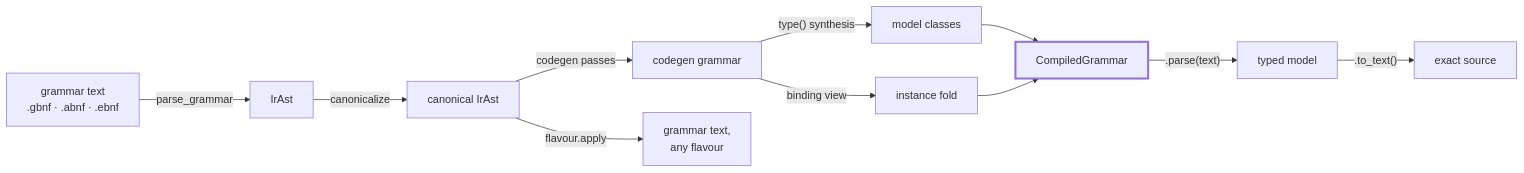
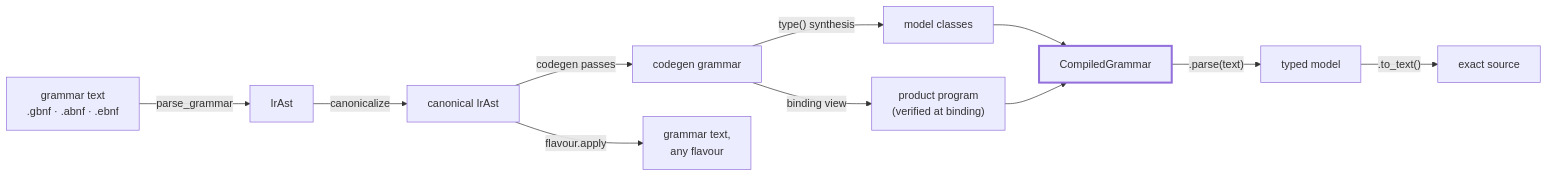
The diagram in README.md (ego-ipse/lexic), drawn with Mermaid before and after one commit. The commit also changed other lines of this file and 278 other files, not shown here.

````diff
--- a/README.md
+++ b/README.md
@@ -191,14 +207,14 @@
 ```mermaid
 flowchart LR
     T["grammar text<br>.gbnf · .abnf · .ebnf"] -->|parse_grammar| R["IrAst"]
     R -->|canonicalize| C["canonical IrAst"]
     C -->|codegen passes| G["codegen grammar"]
     G -->|"type() synthesis"| M["model classes"]
-    G -->|binding view| F["instance fold"]
+    G -->|binding view| F["product program<br>(verified at binding)"]
     M --> CG["CompiledGrammar"]
     F --> CG
     CG -->|".parse(text)"| I["typed model"]
     I -->|".to_text()"| X["exact source"]
     C -->|"flavour.apply"| E["grammar text,<br>any flavour"]
     style CG stroke-width:3px
 ```
````
